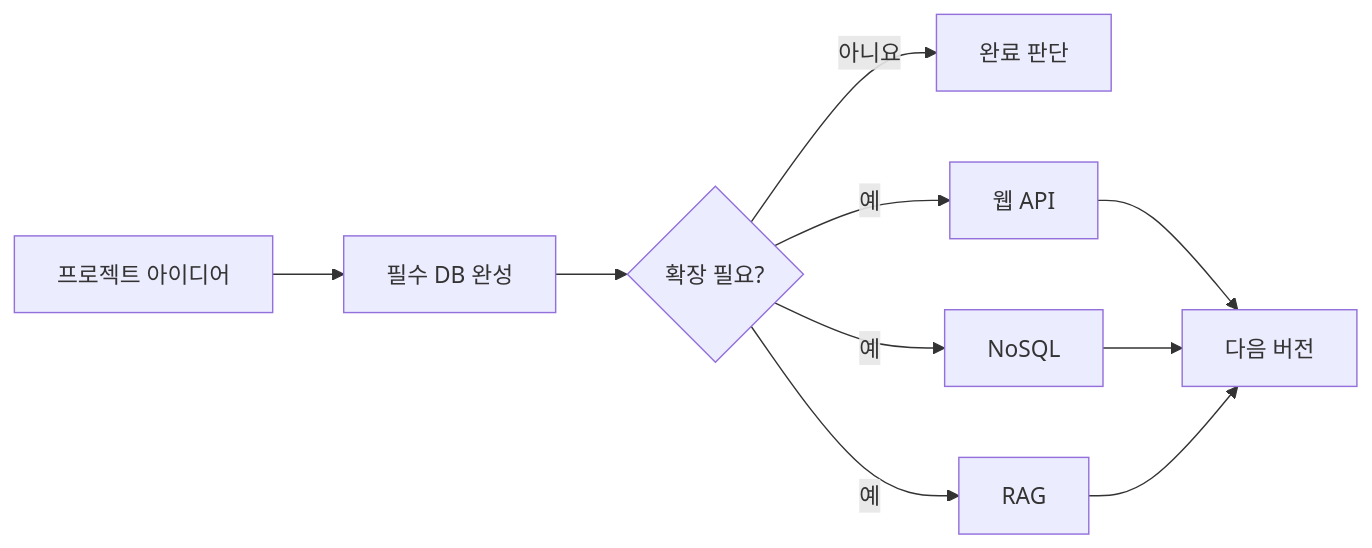
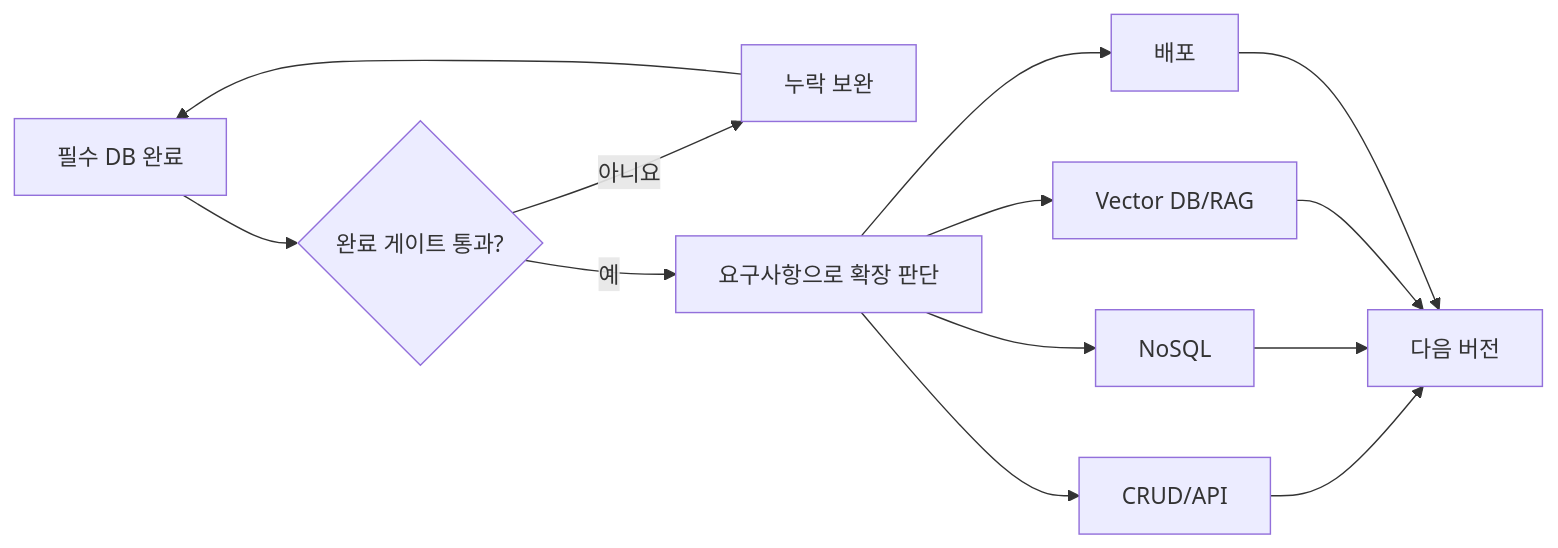
Before and after one commit to GilbertMoon/ai-database-book: the diagram in images/chapter15/ch15_02_scope_selection_guide.mmd, drawn with Mermaid. The commit also changed 16 other files, not shown here.

Commit message:
Improve Chapter 15 project flow diagrams

```diff
--- a/images/chapter15/ch15_02_scope_selection_guide.mmd
+++ b/images/chapter15/ch15_02_scope_selection_guide.mmd
@@ -1,10 +1,13 @@
 flowchart LR
-A[프로젝트 아이디어] --> B[필수 DB 완성]
-B --> C{확장 필요?}
-C -->|아니요| D[완료 판단]
-C -->|예| E[웹 API]
-C -->|예| F[NoSQL]
-C -->|예| G[RAG]
-E --> H[다음 버전]
-F --> H
-G --> H
+A[필수 DB 완료] --> B{완료 게이트 통과?}
+B -->|아니요| C[누락 보완]
+C --> A
+B -->|예| D[요구사항으로 확장 판단]
+D --> E[CRUD/API]
+D --> F[NoSQL]
+D --> G[Vector DB/RAG]
+D --> H[배포]
+E --> I[다음 버전]
+F --> I
+G --> I
+H --> I
```
